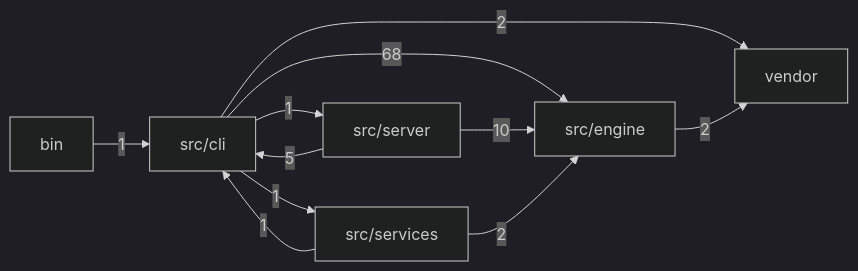
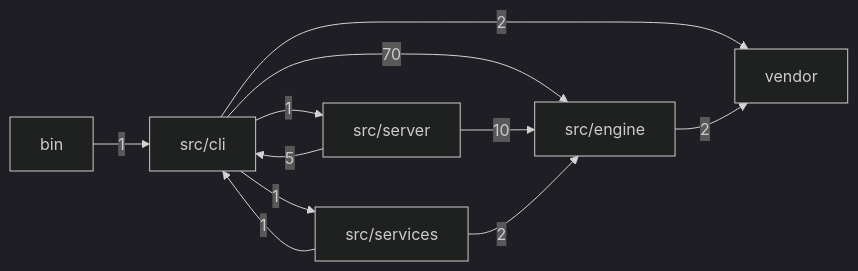
Before and after one commit to mgillr/memev: the first of 2 diagrams in docs/MODULES.md, drawn with Mermaid (dark theme). The commit also changed other lines of this file, not shown here.

````diff
--- a/docs/MODULES.md
+++ b/docs/MODULES.md
@@ -11,19 +11,19 @@
 ```mermaid
 flowchart LR
   bin["bin"]
   cli["src/cli"]
   engine["src/engine"]
   server["src/server"]
   services["src/services"]
   vendor["vendor"]
   bin -->|"1"| cli
-  cli -->|"68"| engine
+  cli -->|"70"| engine
   cli -->|"1"| server
   cli -->|"1"| services
   cli -->|"2"| vendor
   engine -->|"2"| vendor
   server -->|"5"| cli
   server -->|"10"| engine
   services -->|"1"| cli
   services -->|"2"| engine
 ```
````
